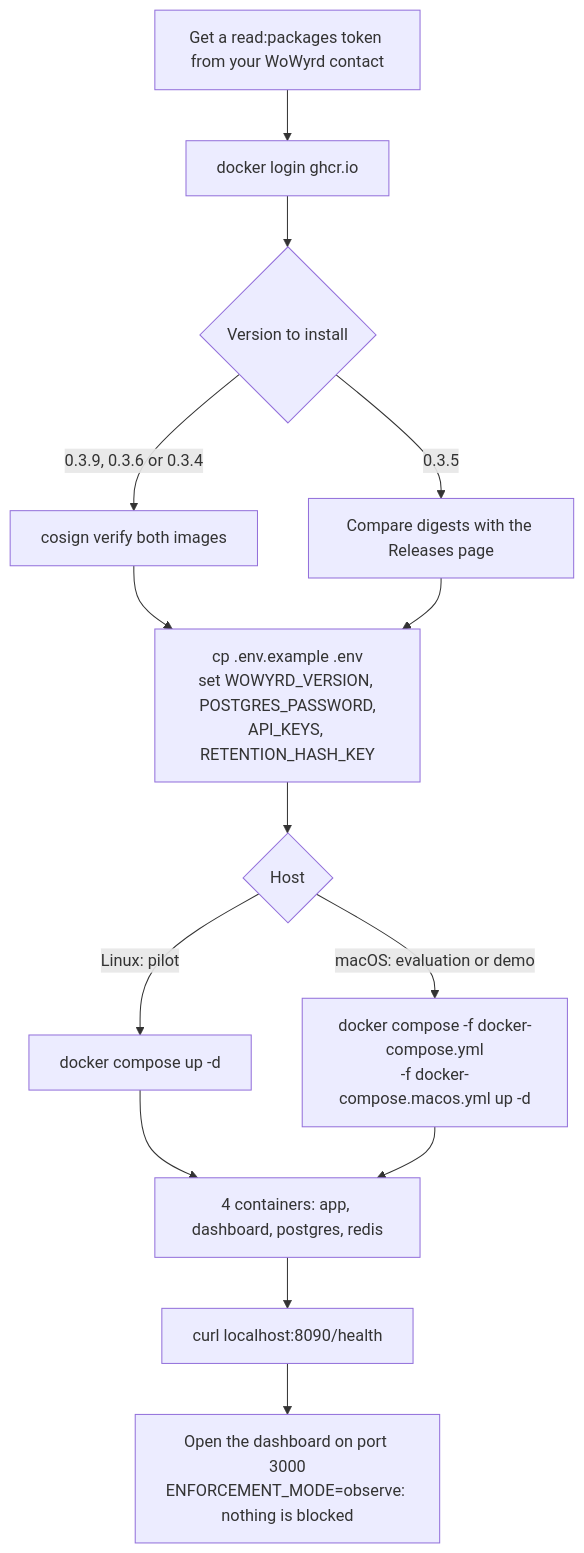
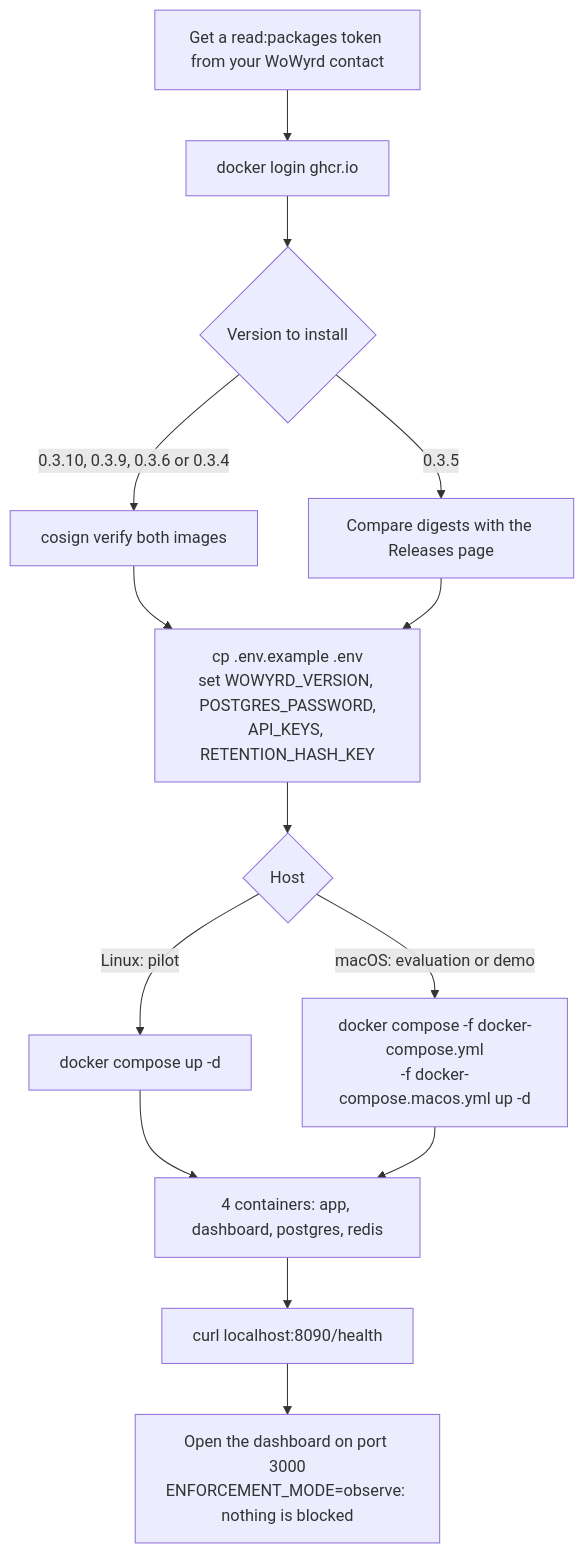
Before and after one commit to chavychaze/wowyrd-pub: the first of 4 diagrams in INSTALL.md, drawn with Mermaid. The commit also changed other lines of this file and 6 other files, not shown here.

````diff
--- a/INSTALL.md
+++ b/INSTALL.md
@@ -38,16 +39,16 @@
 ```mermaid
 flowchart TD
     A[Get a read:packages token from your WoWyrd contact] --> B[docker login ghcr.io]
     B --> C{Version to install}
-    C -->|0.3.9, 0.3.6 or 0.3.4| D[cosign verify both images]
+    C -->|0.3.10, 0.3.9, 0.3.6 or 0.3.4| D[cosign verify both images]
     C -->|0.3.5| E[Compare digests with the Releases page]
     D --> F[cp .env.example .env<br/>set WOWYRD_VERSION, POSTGRES_PASSWORD,<br/>API_KEYS, RETENTION_HASH_KEY]
     E --> F
     F --> G{Host}
     G -->|Linux: pilot| H[docker compose up -d]
     G -->|macOS: evaluation or demo| I[docker compose -f docker-compose.yml<br/>-f docker-compose.macos.yml up -d]
     H --> J[4 containers: app, dashboard, postgres, redis]
     I --> J
     J --> K[curl localhost:8090/health]
     K --> L[Open the dashboard on port 3000<br/>ENFORCEMENT_MODE=observe: nothing is blocked]
 ```
````
